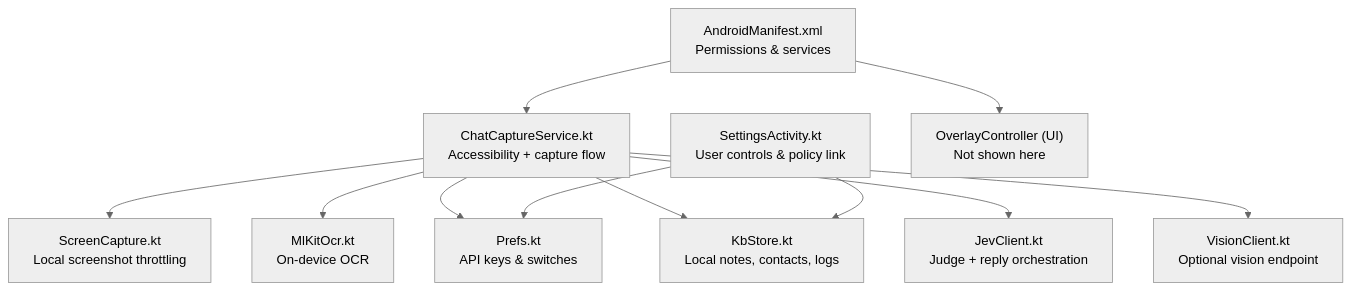
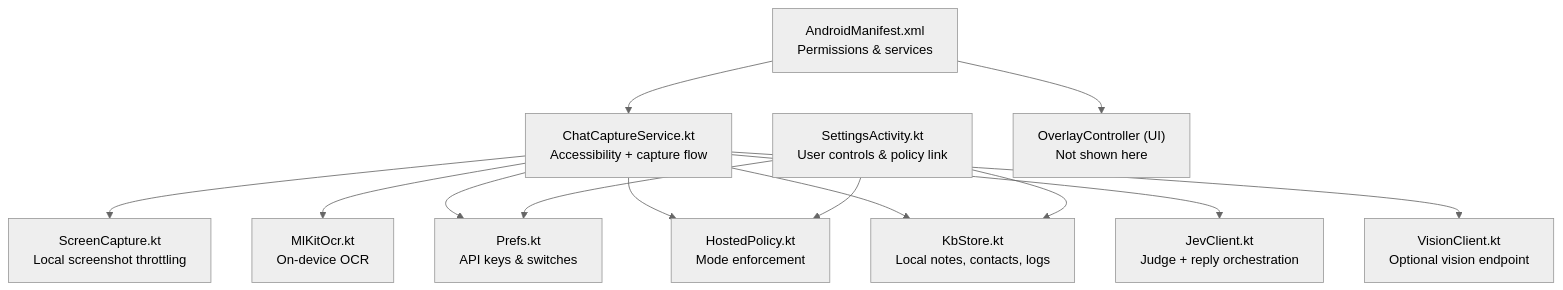
The first of 11 diagrams in .qoder/repowiki/en/content/Security & Privacy.md (DeloYong/jev-chat-jarvis), drawn with Mermaid (neutral theme) before and after one commit. The commit also changed other lines of this file and 66 other files, not shown here.

````diff
--- a/.qoder/repowiki/en/content/Security & Privacy.md
+++ b/.qoder/repowiki/en/content/Security & Privacy.md
@@ -45,13 +54,15 @@
 ```mermaid
 graph TB
 Manifest["AndroidManifest.xml<br/>Permissions & services"] --> Capture["ChatCaptureService.kt<br/>Accessibility + capture flow"]
 Capture --> ScreenCap["ScreenCapture.kt<br/>Local screenshot throttling"]
 Capture --> MlKit["MlKitOcr.kt<br/>On-device OCR"]
 Capture --> Prefs["Prefs.kt<br/>API keys & switches"]
+Capture --> Hosted["HostedPolicy.kt<br/>Mode enforcement"]
 Capture --> Kb["KbStore.kt<br/>Local notes, contacts, logs"]
 Capture --> Jev["JevClient.kt<br/>Judge + reply orchestration"]
 Capture --> Vision["VisionClient.kt<br/>Optional vision endpoint"]
 Settings["SettingsActivity.kt<br/>User controls & policy link"] --> Prefs
+Settings --> Hosted
 Settings --> Kb
 Manifest --> Overlay["OverlayController (UI)<br/>Not shown here"]
 ```
````
